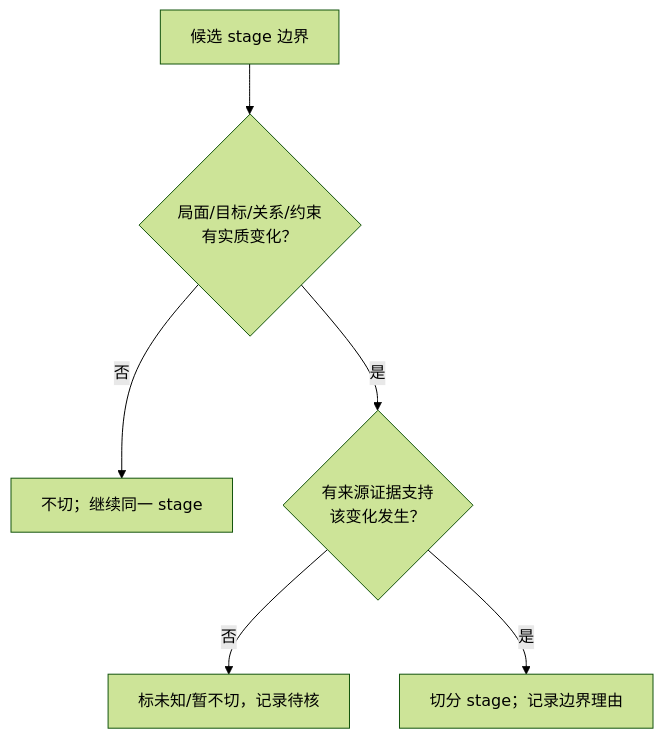
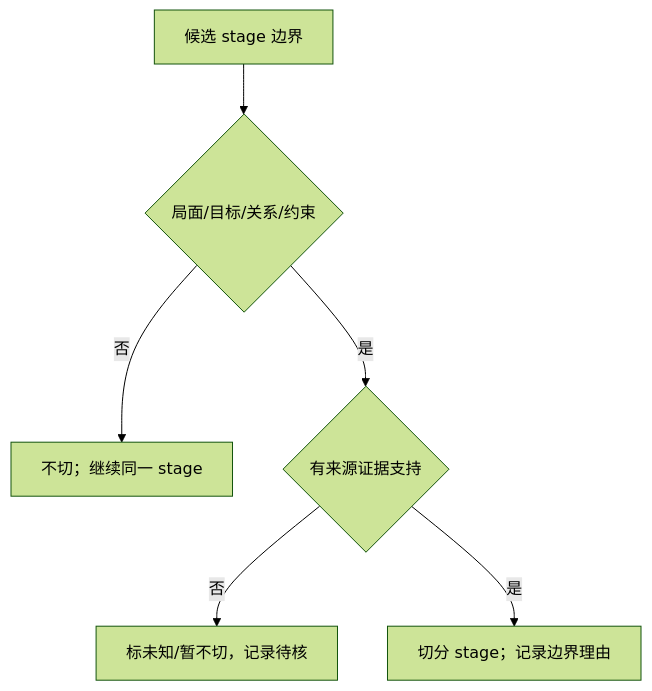
Before and after one commit to AgenticFinLab/FinMycelium: the third of 5 diagrams in docs/structures/1-hierarchy.md, drawn with Mermaid (forest theme). The commit also changed other lines of this file and 8 other files, not shown here.

First line of the commit message:
docs: fix Mermaid render errors and simplify framework diagrams

````diff
--- a/docs/structures/1-hierarchy.md
+++ b/docs/structures/1-hierarchy.md
@@ -184,8 +184,8 @@
 ```mermaid
 flowchart TD
-    Q["候选 stage 边界"] --> A{"局面/目标/关系/约束<br/>有实质变化？"}
-    A -- "否" --> NO["不切；继续同一 stage"]
-    A -- "是" --> B{"有来源证据支持<br/>该变化发生？"}
-    B -- "否" --> UNK["标未知/暂不切，记录待核"]
-    B -- "是" --> YES["切分 stage；记录边界理由"]
+    Q["候选 stage 边界"] --> A{"局面/目标/关系/约束"}
+    A -->|否| NO["不切；继续同一 stage"]
+    A -->|是| B{"有来源证据支持"}
+    B -->|否| UNK["标未知/暂不切，记录待核"]
+    B -->|是| YES["切分 stage；记录边界理由"]
 ```
````
